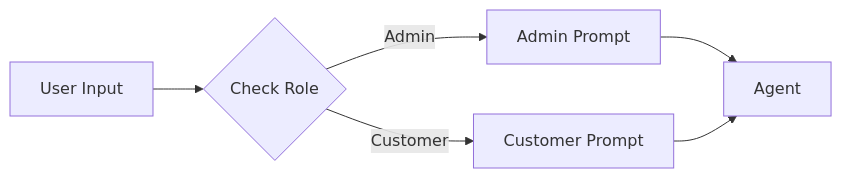
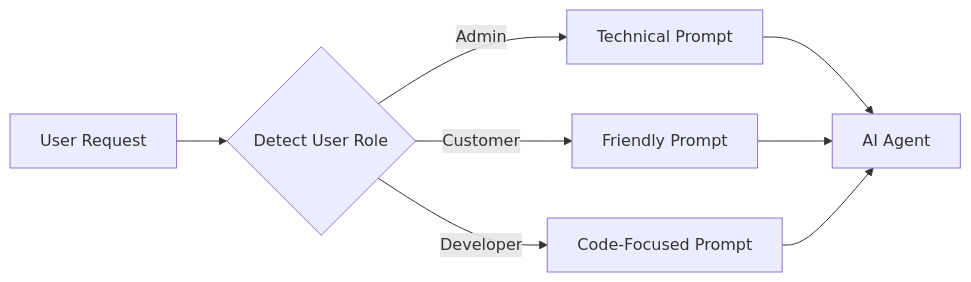
Before and after one commit to sydasif/lang-chain-guide: the first of 4 diagrams in docs/03_dynamic_behavior.md, drawn with Mermaid. The commit also changed other lines of this file, not shown here.

Commit message:
docs: Update dynamic behavior guide to include conditional logic, expand introductory concepts, and provide a comprehensive dynamic prompt selection implementation.

````diff
--- a/docs/03_dynamic_behavior.md
+++ b/docs/03_dynamic_behavior.md
@@ -28,8 +61,10 @@
 ```mermaid
 graph LR
-    User[User Input] --> Router{Check Role}
-    Router -->|Admin| PromptA[Admin Prompt]
-    Router -->|Customer| PromptB[Customer Prompt]
-    PromptA --> Agent
+    User[User Request] --> Router{Detect User Role}
+    Router -->|Admin| PromptA[Technical Prompt]
+    Router -->|Customer| PromptB[Friendly Prompt]
+    Router -->|Developer| PromptC[Code-Focused Prompt]
+    PromptA --> Agent[AI Agent]
     PromptB --> Agent
+    PromptC --> Agent
 ```
````
